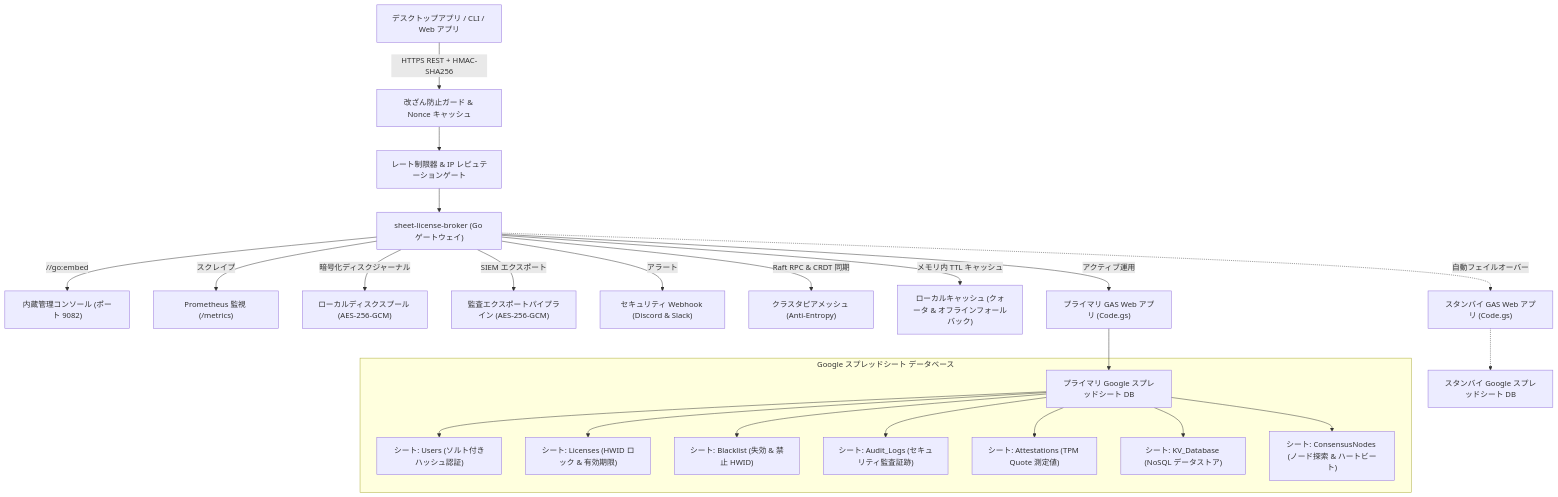
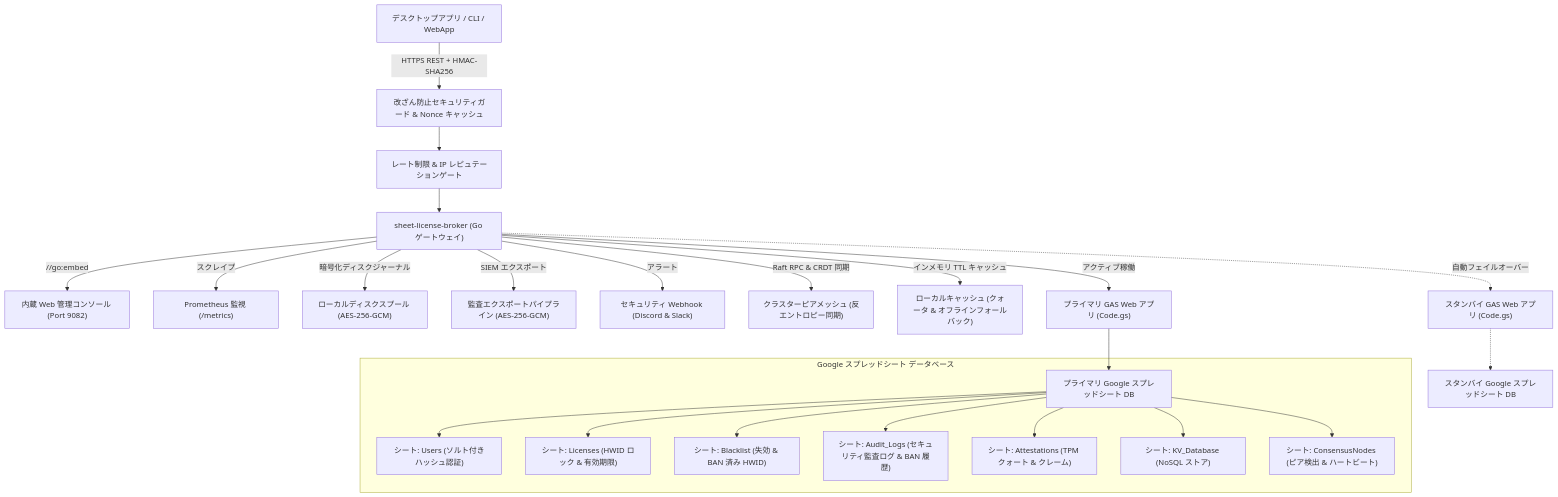
Before and after one commit to kLauncher1/sheet-license-broker: the diagram in docs/locales/ja.md, drawn with Mermaid. The commit also changed other lines of this file and 8 other files, not shown here.

````diff
--- a/docs/locales/ja.md
+++ b/docs/locales/ja.md
@@ -66,27 +80,27 @@
 ```mermaid
 flowchart TD
-    Client["デスクトップアプリ / CLI / Web アプリ"] -->|HTTPS REST + HMAC-SHA256| Guard["改ざん防止ガード & Nonce キャッシュ"]
-    Guard --> Limiter["レート制限器 & IP レピュテーションゲート"]
+    Client["デスクトップアプリ / CLI / WebApp"] -->|HTTPS REST + HMAC-SHA256| Guard["改ざん防止セキュリティガード & Nonce キャッシュ"]
+    Guard --> Limiter["レート制限 & IP レピュテーションゲート"]
     Limiter --> Broker["sheet-license-broker (Go ゲートウェイ)"]
-    Broker -->|//go:embed| WebUI["内蔵管理コンソール (ポート 9082)"]
+    Broker -->|//go:embed| WebUI["内蔵 Web 管理コンソール (Port 9082)"]
     Broker -->|スクレイプ| Prom["Prometheus 監視 (/metrics)"]
     Broker -->|暗号化ディスクジャーナル| Spool["ローカルディスクスプール (AES-256-GCM)"]
     Broker -->|SIEM エクスポート| SIEM["監査エクスポートパイプライン (AES-256-GCM)"]
     Broker -->|アラート| Alerts["セキュリティ Webhook (Discord & Slack)"]
-    Broker -->|Raft RPC & CRDT 同期| Peers["クラスタピアメッシュ (Anti-Entropy)"]
-    Broker -->|メモリ内 TTL キャッシュ| Cache["ローカルキャッシュ (クォータ & オフラインフォールバック)"]
-    Broker -->|アクティブ運用| Primary["プライマリ GAS Web アプリ (Code.gs)"]
+    Broker -->|Raft RPC & CRDT 同期| Peers["クラスターピアメッシュ (反エントロピー同期)"]
+    Broker -->|インメモリ TTL キャッシュ| Cache["ローカルキャッシュ (クォータ & オフラインフォールバック)"]
+    Broker -->|アクティブ稼働| Primary["プライマリ GAS Web アプリ (Code.gs)"]
     Broker -.->|自動フェイルオーバー| Standby["スタンバイ GAS Web アプリ (Code.gs)"]
     Primary --> Sheets1["プライマリ Google スプレッドシート DB"]
     Standby -.-> Sheets2["スタンバイ Google スプレッドシート DB"]
 
     subgraph Google スプレッドシート データベース
         Sheets1 --> Tab1["シート: Users (ソルト付きハッシュ認証)"]
         Sheets1 --> Tab2["シート: Licenses (HWID ロック & 有効期限)"]
-        Sheets1 --> Tab3["シート: Blacklist (失効 & 禁止 HWID)"]
-        Sheets1 --> Tab4["シート: Audit_Logs (セキュリティ監査証跡)"]
-        Sheets1 --> Tab5["シート: Attestations (TPM Quote 測定値)"]
-        Sheets1 --> Tab6["シート: KV_Database (NoSQL データストア)"]
-        Sheets1 --> Tab7["シート: ConsensusNodes (ノード探索 & ハートビート)"]
+        Sheets1 --> Tab3["シート: Blacklist (失効 & BAN 済み HWID)"]
+        Sheets1 --> Tab4["シート: Audit_Logs (セキュリティ監査ログ & BAN 履歴)"]
+        Sheets1 --> Tab5["シート: Attestations (TPM クォート & クレーム)"]
+        Sheets1 --> Tab6["シート: KV_Database (NoSQL ストア)"]
+        Sheets1 --> Tab7["シート: ConsensusNodes (ピア検出 & ハートビート)"]
     end
 ```
````
